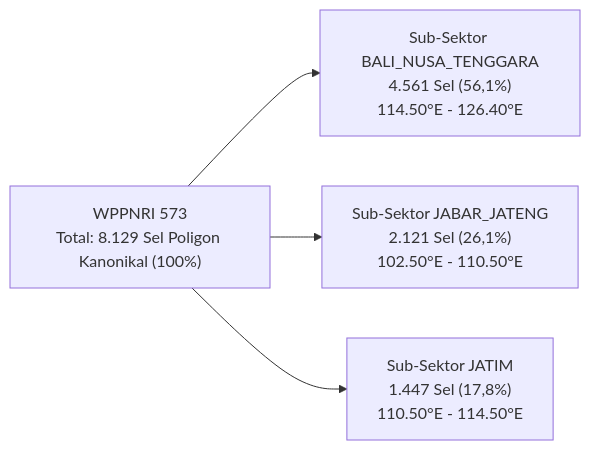
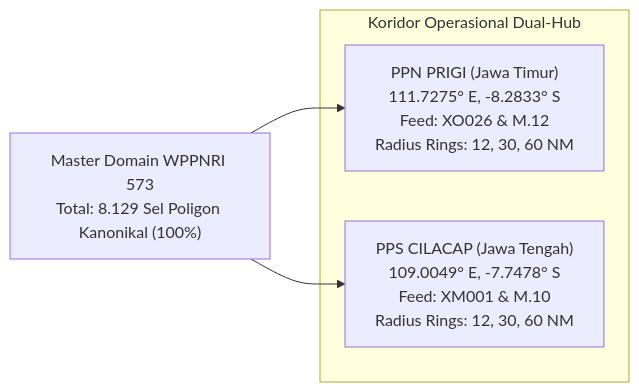
Before and after one commit to ZyrexR/seacast-wpp573: the first of 2 diagrams in docs/project/SEACAST_EXECUTIVE_SUMMARY.md, drawn with Mermaid. The commit also changed other lines of this file and 807 other files, not shown here.

````diff
--- a/docs/project/SEACAST_EXECUTIVE_SUMMARY.md
+++ b/docs/project/SEACAST_EXECUTIVE_SUMMARY.md
@@ -145,12 +71,12 @@
 ```mermaid
 flowchart LR
-    WPP573["WPPNRI 573<br/>Total: 8.129 Sel Poligon Kanonikal (100%)"]
+    WPP573["Master Domain WPPNRI 573<br/>Total: 8.129 Sel Poligon Kanonikal (100%)"]
     
-    S1["Sub-Sektor BALI_NUSA_TENGGARA<br/>4.561 Sel (56,1%)<br/>114.50°E - 126.40°E"]
-    S2["Sub-Sektor JABAR_JATENG<br/>2.121 Sel (26,1%)<br/>102.50°E - 110.50°E"]
-    S3["Sub-Sektor JATIM<br/>1.447 Sel (17,8%)<br/>110.50°E - 114.50°E"]
+    subgraph Corridor["Koridor Operasional Dual-Hub"]
+        H1["PPN PRIGI (Jawa Timur)<br/>111.7275° E, -8.2833° S<br/>Feed: XO026 & M.12<br/>Radius Rings: 12, 30, 60 NM"]
+        H2["PPS CILACAP (Jawa Tengah)<br/>109.0049° E, -7.7478° S<br/>Feed: XM001 & M.10<br/>Radius Rings: 12, 30, 60 NM"]
+    end
     
-    WPP573 --> S1
-    WPP573 --> S2
-    WPP573 --> S3
+    WPP573 --> H1
+    WPP573 --> H2
 ```
````
